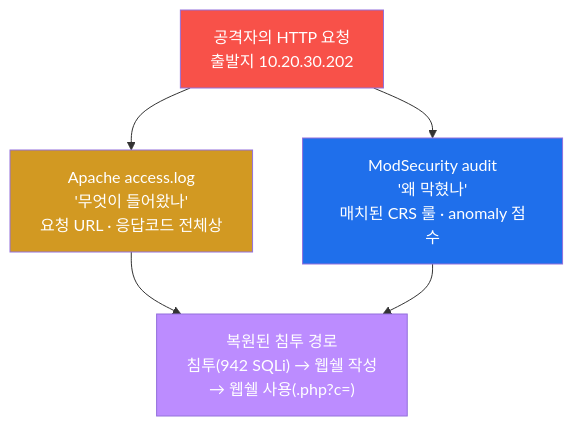
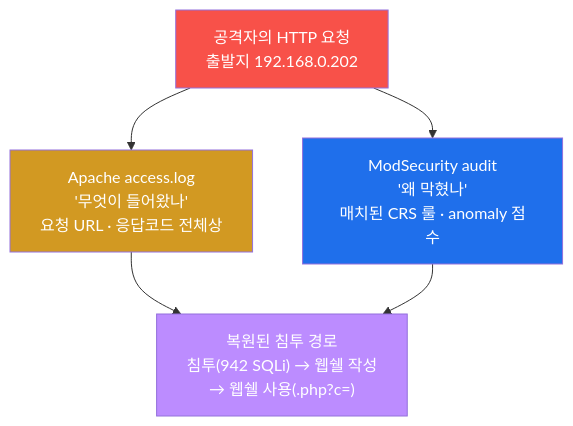
The third of 6 diagrams in contents/training/soc/lecture_week10.md (mrgrit/tw2), drawn with Mermaid before and after one commit. The commit also changed other lines of this file and 304 other files, not shown here.

````diff
--- a/contents/training/soc/lecture_week10.md
+++ b/contents/training/soc/lecture_week10.md
@@ -240,15 +240,15 @@
 ```mermaid
 graph TD
-    REQ["공격자의 HTTP 요청<br/>출발지 10.20.30.202"]
+    REQ["공격자의 HTTP 요청<br/>출발지 192.168.0.202"]
     ACC["Apache access.log<br/>'무엇이 들어왔나'<br/>요청 URL · 응답코드 전체상"]
     MOD["ModSecurity audit<br/>'왜 막혔나'<br/>매치된 CRS 룰 · anomaly 점수"]
     STORY["복원된 침투 경로<br/>침투(942 SQLi) → 웹쉘 작성<br/>→ 웹쉘 사용(.php?c=)"]
     REQ --> ACC
     REQ --> MOD
     ACC --> STORY
     MOD --> STORY
     style REQ fill:#f85149,color:#fff
     style ACC fill:#d29922,color:#fff
     style MOD fill:#1f6feb,color:#fff
     style STORY fill:#bc8cff,color:#fff
 ```
````
